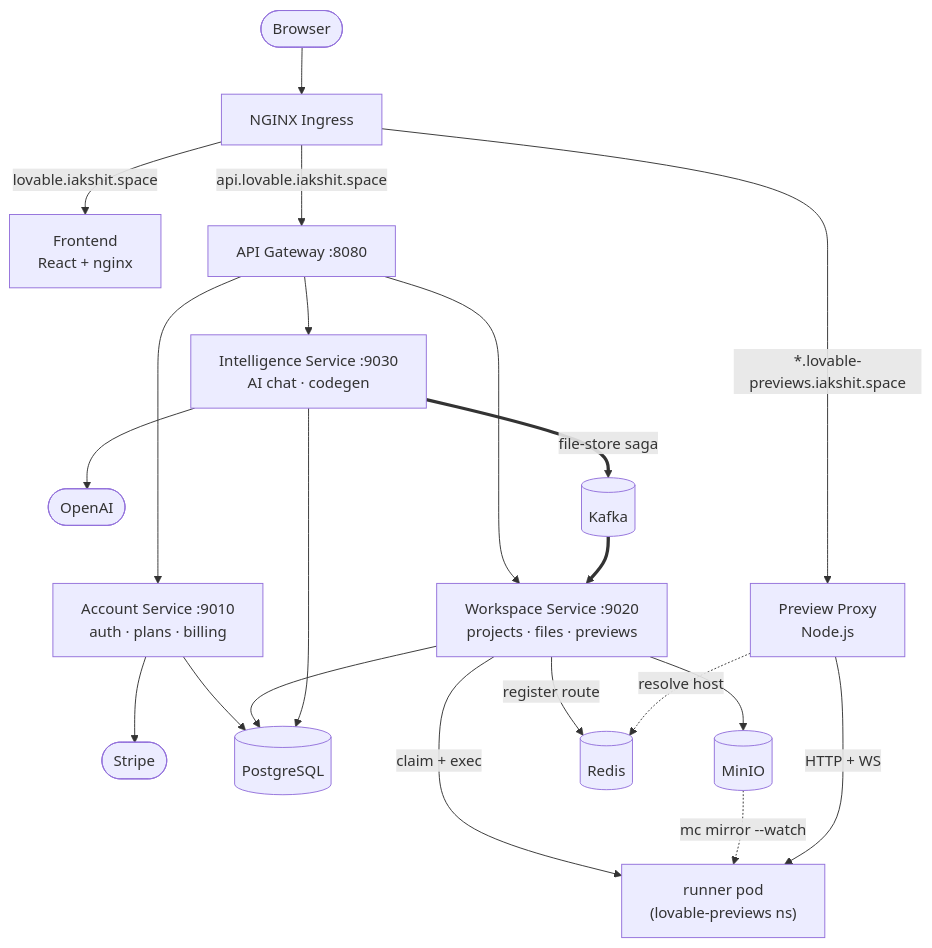
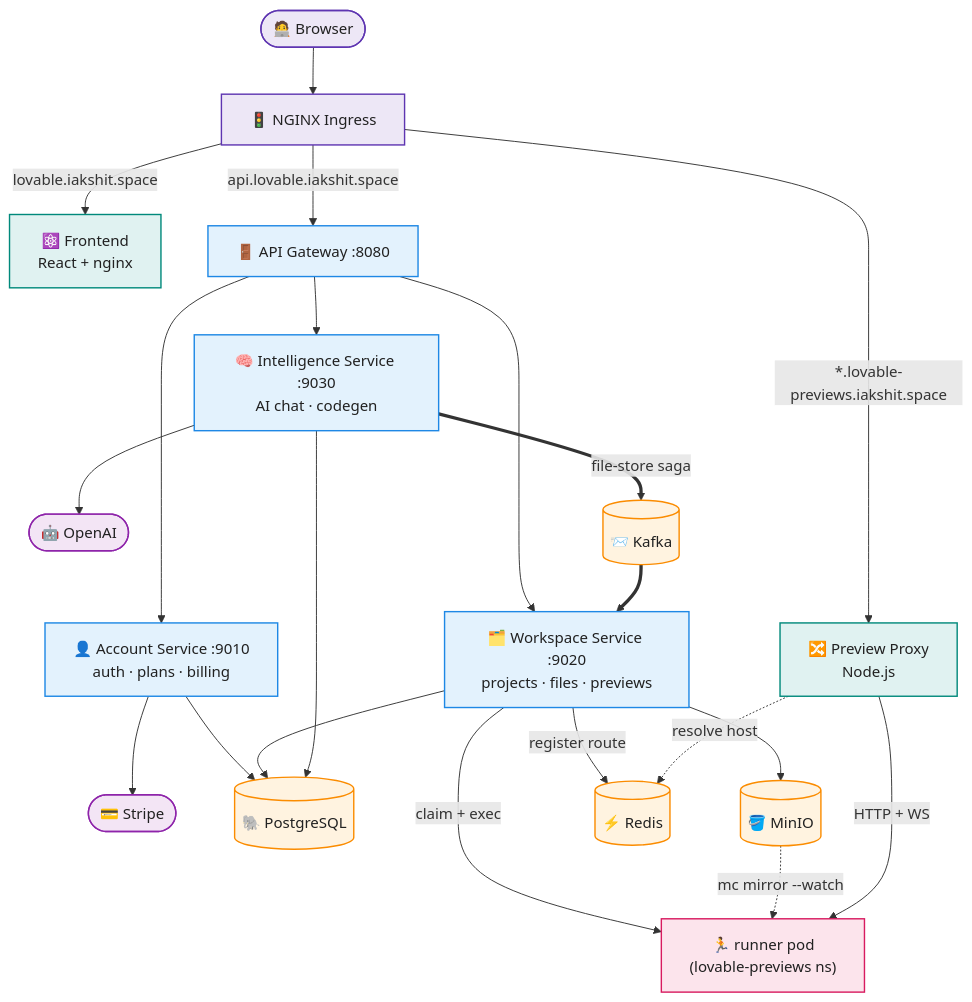
One commit to Akshityadav370/distributed-lovable-clone changed the diagram in README.md. Above: the diagram before and after it, drawn with Mermaid. The commit also changed other lines of this file, not shown here.

Commit message:
update: readme

````diff
--- a/README.md
+++ b/README.md
@@ -11,30 +11,44 @@
 ```mermaid
 flowchart TB
-    U([Browser]) --> ING["NGINX Ingress"]
+    U(["🧑‍💻 Browser"]) --> ING["🚦 NGINX Ingress"]
 
-    ING -->|"lovable.iakshit.space"| FE["Frontend<br/>React + nginx"]
-    ING -->|"api.lovable.iakshit.space"| GW["API Gateway :8080"]
-    ING -->|"*.lovable-previews.iakshit.space"| PX["Preview Proxy<br/>Node.js"]
+    ING -->|"lovable.iakshit.space"| FE["⚛️ Frontend<br/>React + nginx"]
+    ING -->|"api.lovable.iakshit.space"| GW["🚪 API Gateway :8080"]
+    ING -->|"*.lovable-previews.iakshit.space"| PX["🔀 Preview Proxy<br/>Node.js"]
 
-    GW --> ACC["Account Service :9010<br/>auth · plans · billing"]
-    GW --> WS["Workspace Service :9020<br/>projects · files · previews"]
-    GW --> INT["Intelligence Service :9030<br/>AI chat · codegen"]
+    GW --> ACC["👤 Account Service :9010<br/>auth · plans · billing"]
+    GW --> WS["🗂️ Workspace Service :9020<br/>projects · files · previews"]
+    GW --> INT["🧠 Intelligence Service :9030<br/>AI chat · codegen"]
 
-    ACC --> STR(["Stripe"])
-    INT --> OAI(["OpenAI"])
+    ACC --> STR(["💳 Stripe"])
+    INT --> OAI(["🤖 OpenAI"])
 
-    ACC --> PG[("PostgreSQL")]
+    ACC --> PG[("🐘 PostgreSQL")]
     WS --> PG
     INT --> PG
 
-    INT ==>|"file-store saga"| KF[("Kafka")]
+    INT ==>|"file-store saga"| KF[("📨 Kafka")]
     KF ==> WS
 
-    WS --> MN[("MinIO")]
-    WS -->|"register route"| RD[("Redis")]
+    WS --> MN[("🪣 MinIO")]
+    WS -->|"register route"| RD[("⚡ Redis")]
     PX -.->|"resolve host"| RD
 
-    WS -->|"claim + exec"| POD["runner pod<br/>(lovable-previews ns)"]
+    WS -->|"claim + exec"| POD["🏃 runner pod<br/>(lovable-previews ns)"]
     MN -.->|"mc mirror --watch"| POD
     PX -->|"HTTP + WS"| POD
+
+    classDef edge fill:#ede7f6,stroke:#5e35b1,stroke-width:1.5px,color:#212121
+    classDef svc fill:#e3f2fd,stroke:#1e88e5,stroke-width:1.5px,color:#212121
+    classDef web fill:#e0f2f1,stroke:#00897b,stroke-width:1.5px,color:#212121
+    classDef store fill:#fff3e0,stroke:#fb8c00,stroke-width:1.5px,color:#212121
+    classDef ext fill:#f3e5f5,stroke:#8e24aa,stroke-width:1.5px,color:#212121
+    classDef pod fill:#fce4ec,stroke:#d81b60,stroke-width:1.5px,color:#212121
+
+    class U,ING edge
+    class GW,ACC,WS,INT svc
+    class FE,PX web
+    class PG,RD,KF,MN store
+    class STR,OAI ext
+    class POD pod
 ```
````
